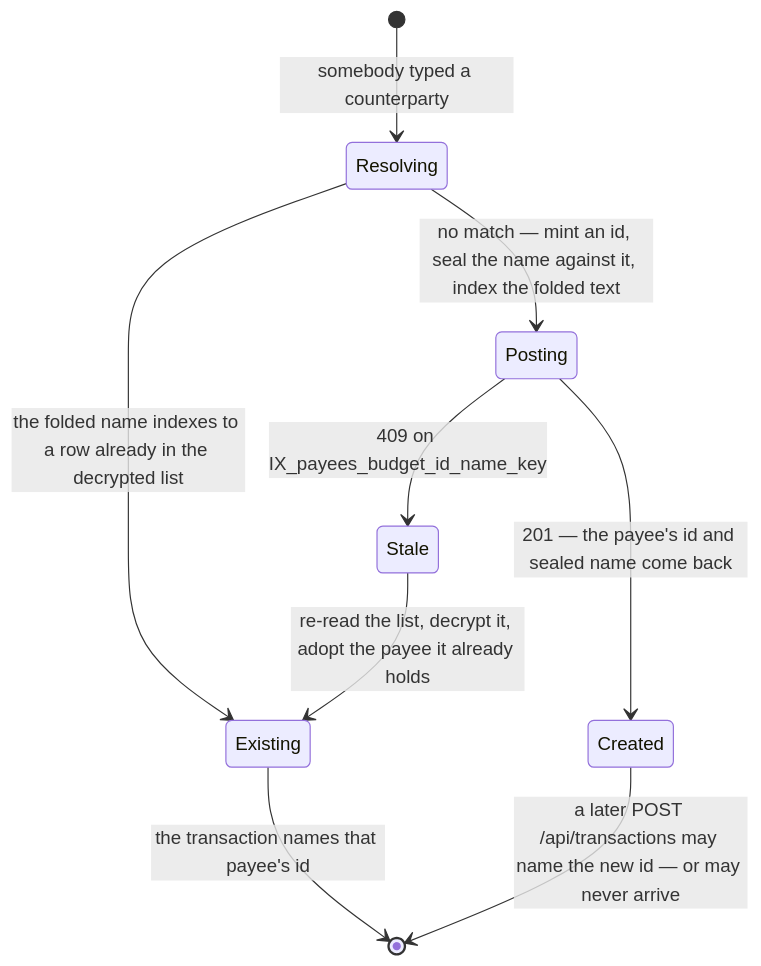
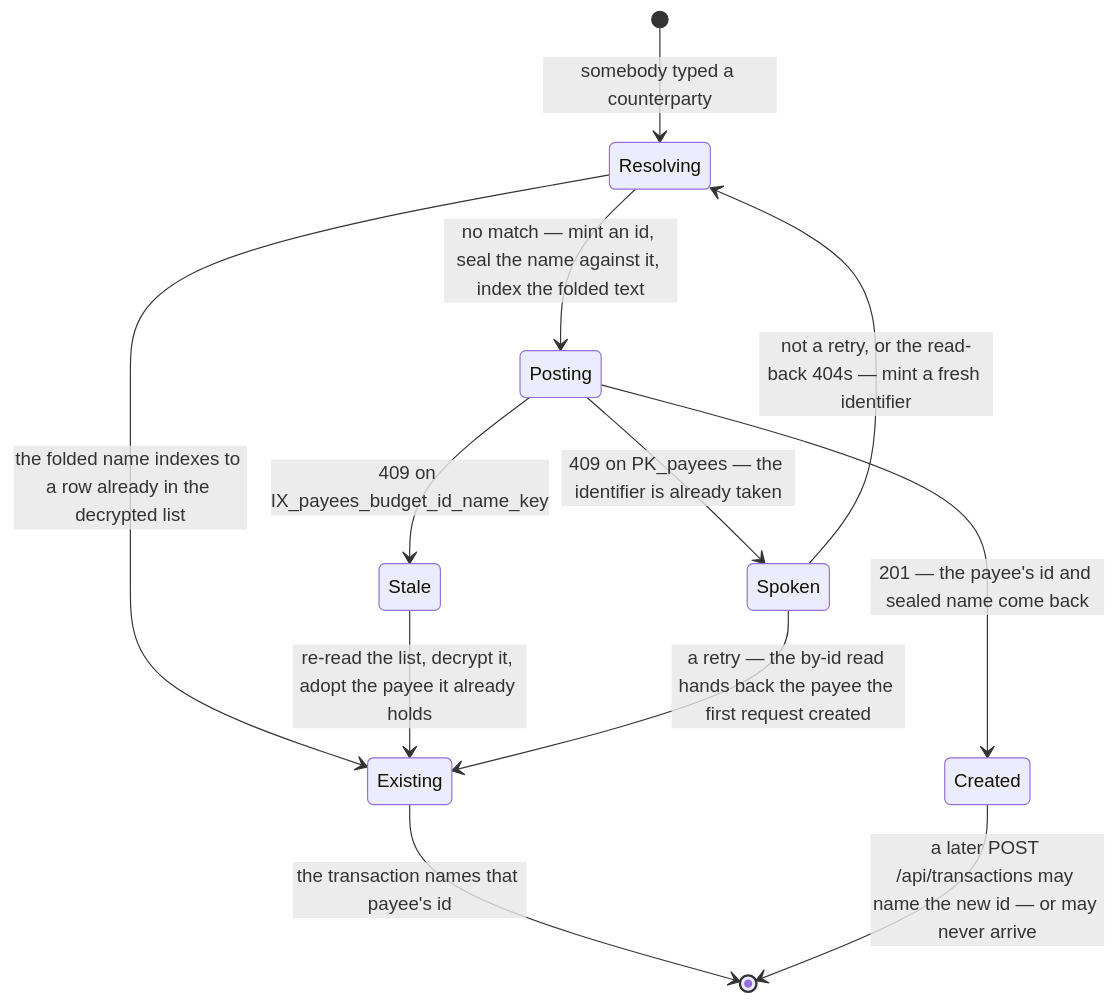
The second of 2 diagrams in docs/business-logic/payees.md (anton-kochev/budgetoid), drawn with Mermaid before and after one commit. The commit also changed other lines of this file and 11 other files, not shown here.

````diff
--- a/docs/business-logic/payees.md
+++ b/docs/business-logic/payees.md
@@ -490,11 +550,14 @@
 ```mermaid
 stateDiagram-v2
     [*] --> Resolving : somebody typed a counterparty
     Resolving --> Existing : the folded name indexes to a row already in the decrypted list
     Existing --> [*] : the transaction names that payee's id
     Resolving --> Posting : no match — mint an id, seal the name against it, index the folded text
     Posting --> Created : 201 — the payee's id and sealed name come back
     Posting --> Stale : 409 on IX_payees_budget_id_name_key
+    Posting --> Spoken : 409 on PK_payees — the identifier is already taken
     Stale --> Existing : re-read the list, decrypt it, adopt the payee it already holds
+    Spoken --> Existing : a retry — the by-id read hands back the payee the first request created
+    Spoken --> Resolving : not a retry, or the read-back 404s — mint a fresh identifier
     Created --> [*] : a later POST /api/transactions may name the new id — or may never arrive
 ```
````
